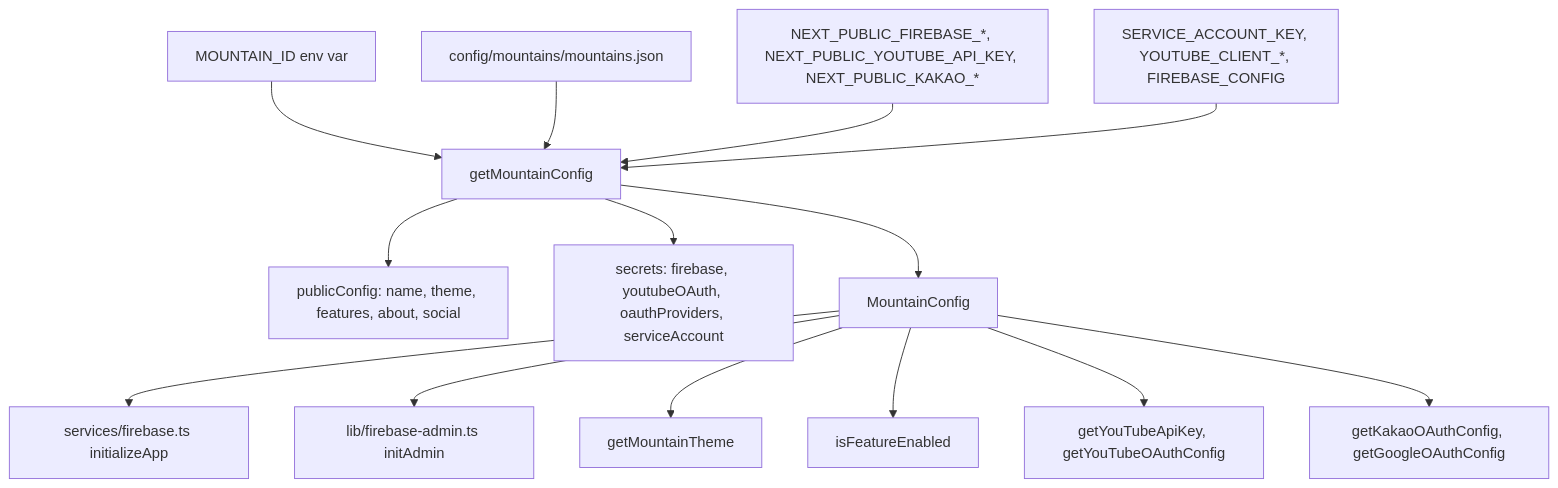
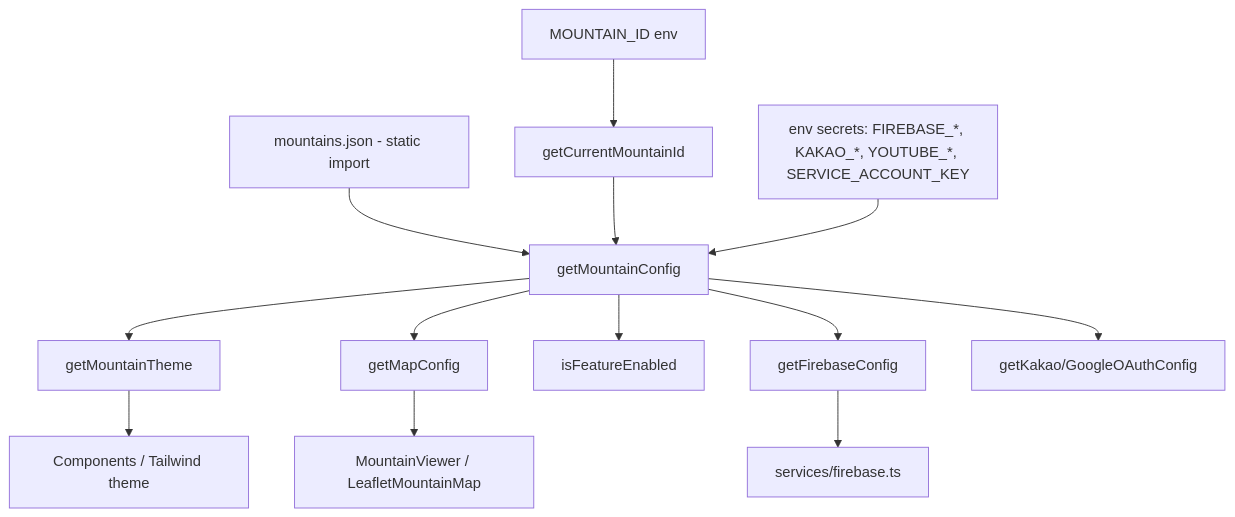
One commit to wwolfyy/mohocat changed the first of 2 diagrams in docs/codebase/multi-tenant-config.md. Above: the diagram before and after it, drawn with Mermaid. The commit also changed other lines of this file and 12 other files, not shown here.

````diff
--- a/docs/codebase/multi-tenant-config.md
+++ b/docs/codebase/multi-tenant-config.md
@@ -70,17 +25,15 @@
 ```mermaid
 flowchart TD
-    Env[MOUNTAIN_ID env var] --> Loader[getMountainConfig]
-    Json[config/mountains/mountains.json] --> Loader
-    PublicEnv[NEXT_PUBLIC_FIREBASE_*, NEXT_PUBLIC_YOUTUBE_API_KEY, NEXT_PUBLIC_KAKAO_*] --> Loader
-    SrvEnv[SERVICE_ACCOUNT_KEY, YOUTUBE_CLIENT_*, FIREBASE_CONFIG] --> Loader
-    Loader --> Public[publicConfig: name, theme, features, about, social]
-    Loader --> Secret[secrets: firebase, youtubeOAuth, oauthProviders, serviceAccount]
-    Loader --> Combined[MountainConfig]
-
-    Combined --> FbClient[services/firebase.ts initializeApp]
-    Combined --> FbAdmin[lib/firebase-admin.ts initAdmin]
-    Combined --> Theme[getMountainTheme]
-    Combined --> Features[isFeatureEnabled]
-    Combined --> YT[getYouTubeApiKey, getYouTubeOAuthConfig]
-    Combined --> OAuth[getKakaoOAuthConfig, getGoogleOAuthConfig]
+    Env[MOUNTAIN_ID env] --> CurId[getCurrentMountainId]
+    Json[mountains.json - static import] --> Cfg[getMountainConfig]
+    CurId --> Cfg
+    EnvSecrets[env secrets: FIREBASE_*, KAKAO_*, YOUTUBE_*, SERVICE_ACCOUNT_KEY] --> Cfg
+    Cfg --> Theme[getMountainTheme]
+    Cfg --> MapCfg[getMapConfig]
+    Cfg --> Features[isFeatureEnabled]
+    Cfg --> FBCfg[getFirebaseConfig]
+    Cfg --> OAuth[getKakao/GoogleOAuthConfig]
+    Theme --> UI[Components / Tailwind theme]
+    MapCfg --> Map[MountainViewer / LeafletMountainMap]
+    FBCfg --> FBInit[services/firebase.ts]
 ```
````
